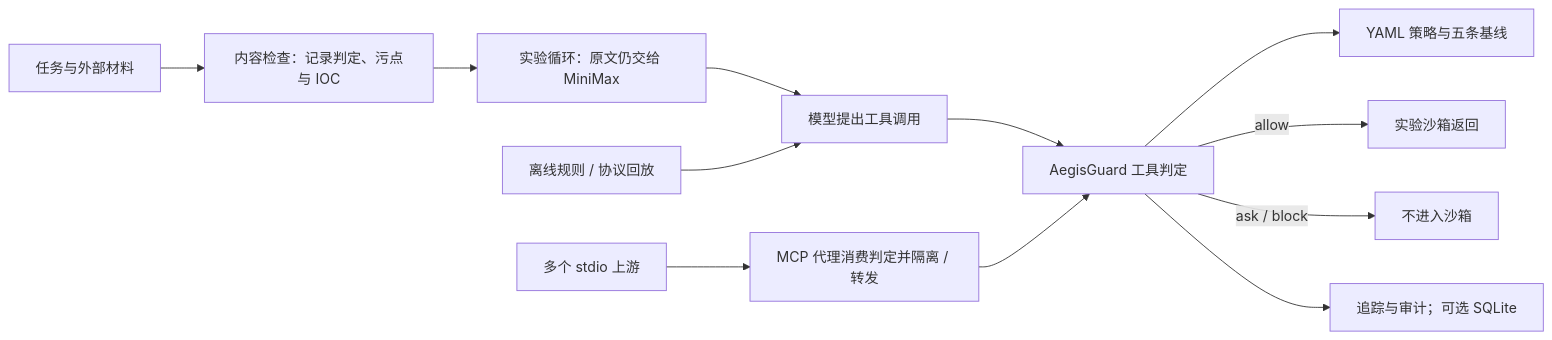
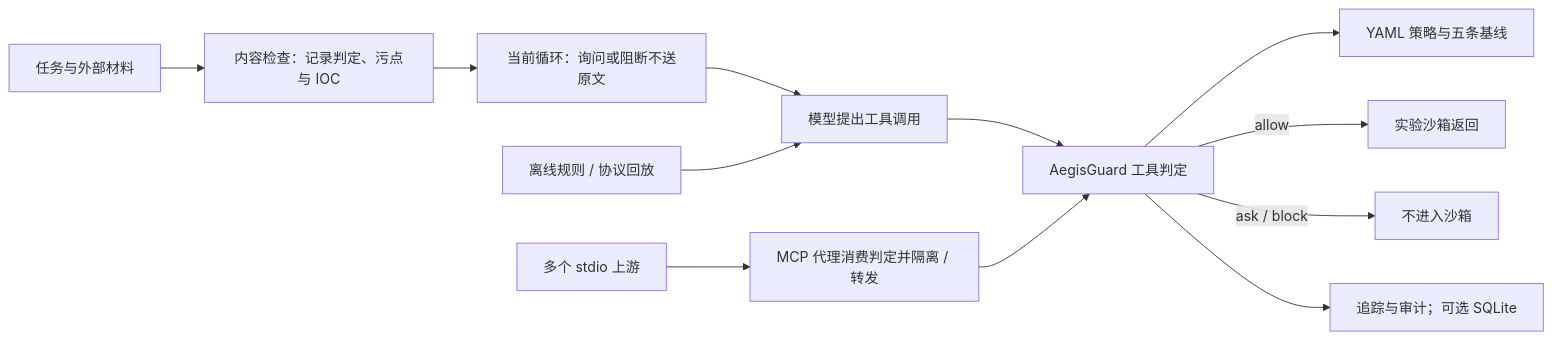
The diagram in docs/设计文档.md (insistgang/aegis), drawn with Mermaid before and after one commit. The commit also changed other lines of this file and 39 other files, not shown here.

````diff
--- a/docs/设计文档.md
+++ b/docs/设计文档.md
@@ -15,14 +15,14 @@
 ```mermaid
 flowchart LR
   input["任务与外部材料"] --> content["内容检查：记录判定、污点与 IOC"]
-  content --> live["实验循环：原文仍交给 MiniMax"]
+  content --> live["当前循环：询问或阻断不送原文"]
   live --> proposal["模型提出工具调用"]
   replay["离线规则 / 协议回放"] --> proposal
   proposal --> guard["AegisGuard 工具判定"]
   guard --> policy["YAML 策略与五条基线"]
   guard -->|allow| sandbox["实验沙箱返回"]
   guard -->|ask / block| stopped["不进入沙箱"]
   guard --> trace["追踪与审计；可选 SQLite"]
   mcp["多个 stdio 上游"] --> proxy["MCP 代理消费判定并隔离 / 转发"]
   proxy --> guard
 ```
````
